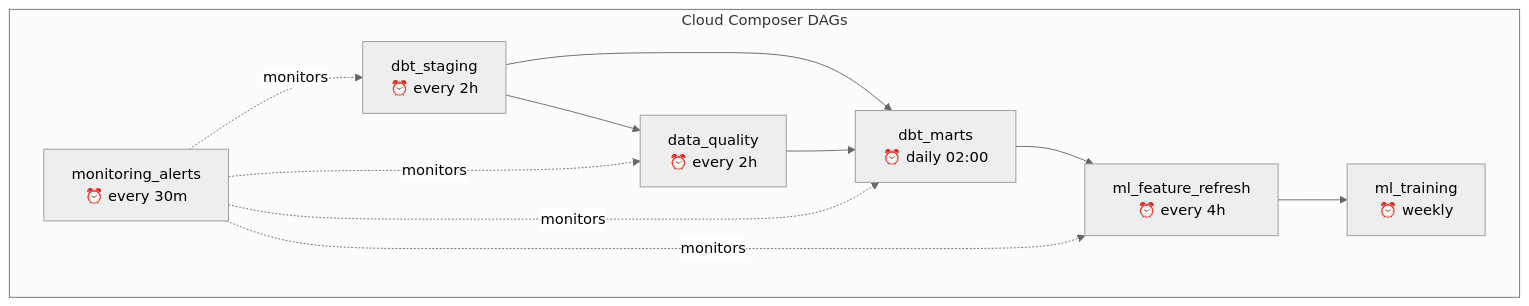
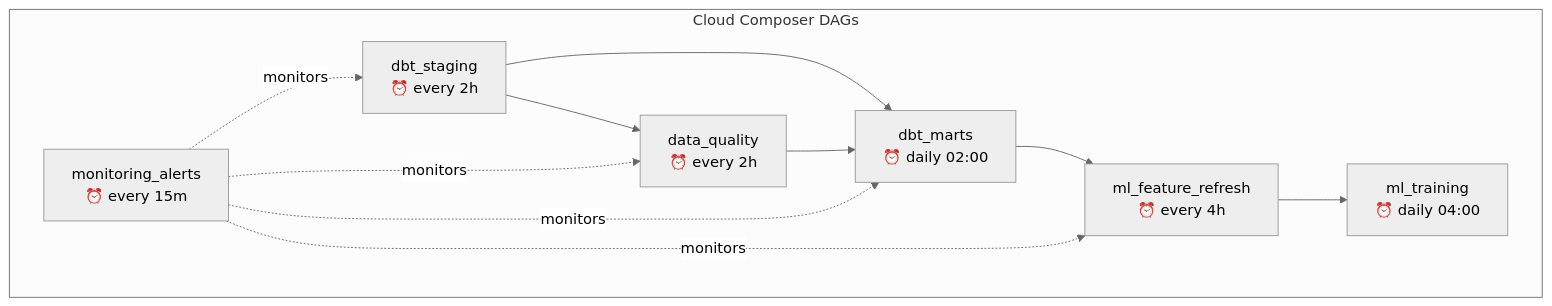
Before and after one commit to sunitakeazycommerz-a11y/InstaCommerce: the third of 6 diagrams in data-platform/README.md, drawn with Mermaid (neutral theme). The commit also changed other lines of this file and 2 other files, not shown here.

````diff
--- a/data-platform/README.md
+++ b/data-platform/README.md
@@ -206,18 +216,18 @@
 ```mermaid
 flowchart TB
     subgraph DAGs["Cloud Composer DAGs"]
         staging["dbt_staging\n⏰ every 2h"]
         quality["data_quality\n⏰ every 2h"]
         marts["dbt_marts\n⏰ daily 02:00"]
         features["ml_feature_refresh\n⏰ every 4h"]
-        training["ml_training\n⏰ weekly"]
-        alerts["monitoring_alerts\n⏰ every 30m"]
+        training["ml_training\n⏰ daily 04:00"]
+        alerts["monitoring_alerts\n⏰ every 15m"]
     end
 
     staging --> quality
     staging --> marts
     quality --> marts
     marts --> features
     features --> training
     alerts -. "monitors" .-> staging & quality & marts & features
 ```
````
